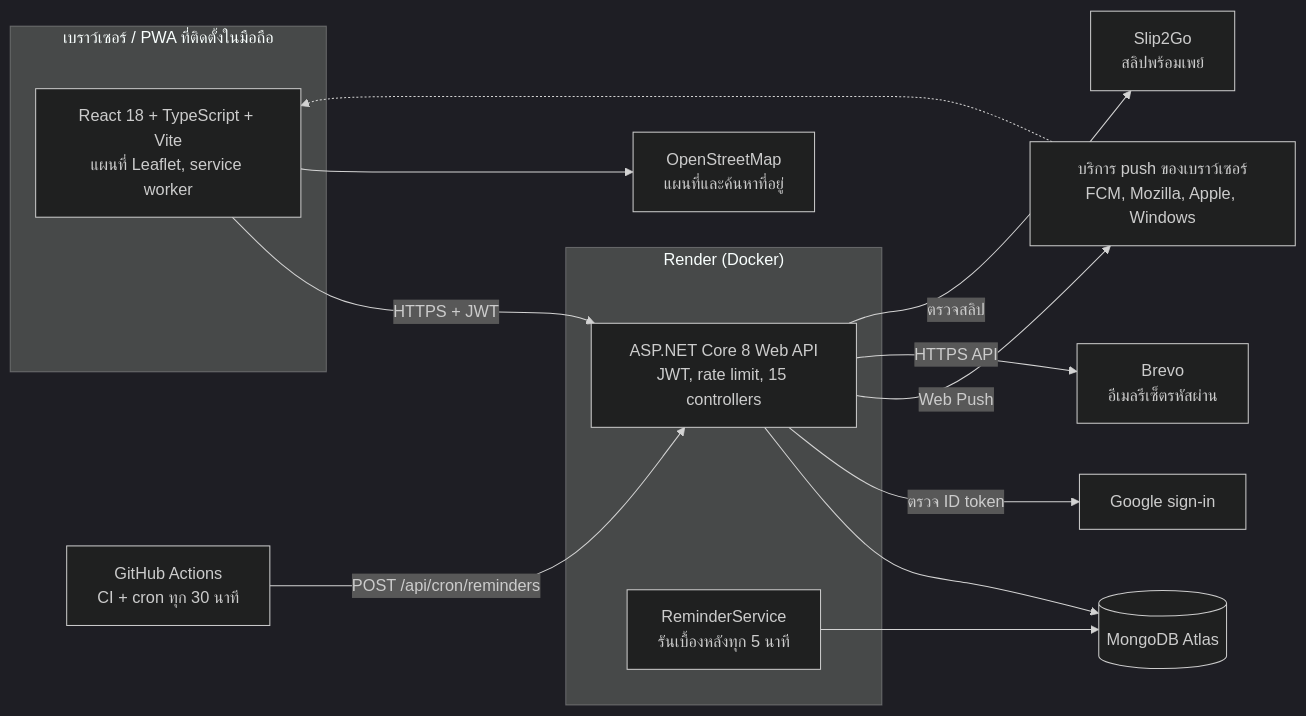
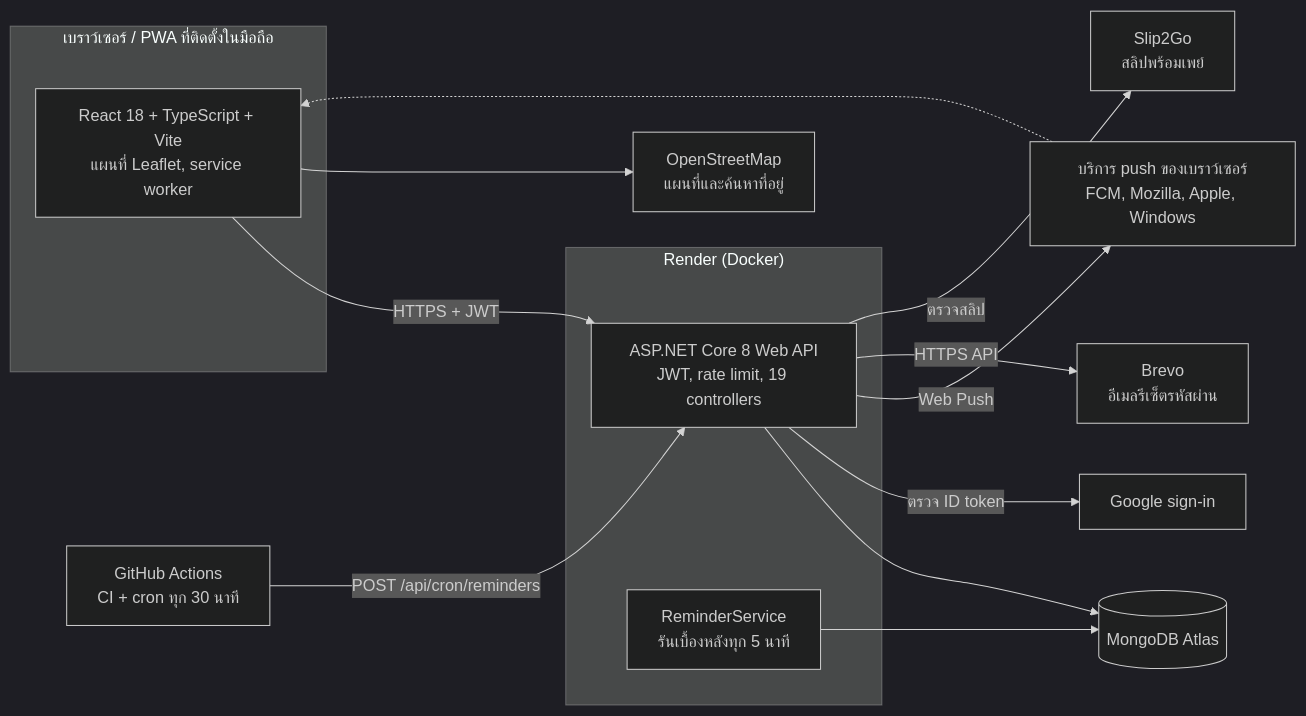
Before and after one commit to namethzz/Air-clean-: the first of 2 diagrams in README.md, drawn with Mermaid (dark theme). The commit also changed other lines of this file and 6 other files, not shown here.

````diff
--- a/README.md
+++ b/README.md
@@ -76,21 +76,21 @@
 ```mermaid
 flowchart LR
   subgraph Client["เบราว์เซอร์ / PWA ที่ติดตั้งในมือถือ"]
     SPA["React 18 + TypeScript + Vite<br/>แผนที่ Leaflet, service worker"]
   end
   subgraph Render["Render (Docker)"]
-    API["ASP.NET Core 8 Web API<br/>JWT, rate limit, 15 controllers"]
+    API["ASP.NET Core 8 Web API<br/>JWT, rate limit, 19 controllers"]
     BG["ReminderService<br/>รันเบื้องหลังทุก 5 นาที"]
   end
   DB[("MongoDB Atlas")]
   SPA -- "HTTPS + JWT" --> API
   API --> DB
   BG --> DB
   API -- "ตรวจ ID token" --> OIDC["Google sign-in"]
   API -- "Web Push" --> PUSH["บริการ push ของเบราว์เซอร์<br/>FCM, Mozilla, Apple, Windows"]
   PUSH -.-> SPA
   API -- "HTTPS API" --> MAIL["Brevo<br/>อีเมลรีเซ็ตรหัสผ่าน"]
   API -- "ตรวจสลิป" --> SLIP["Slip2Go<br/>สลิปพร้อมเพย์"]
   GHA["GitHub Actions<br/>CI + cron ทุก 30 นาที"] -- "POST /api/cron/reminders" --> API
   SPA --> OSM["OpenStreetMap<br/>แผนที่และค้นหาที่อยู่"]
 ```
````
